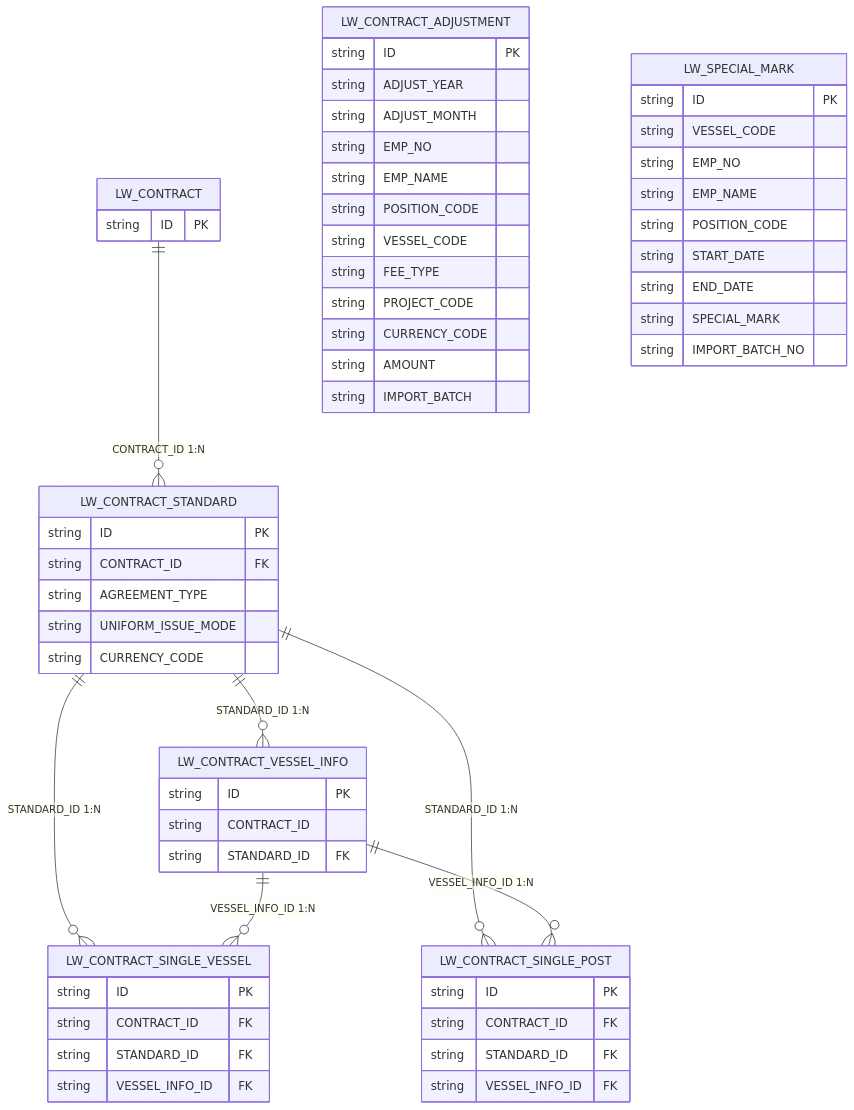
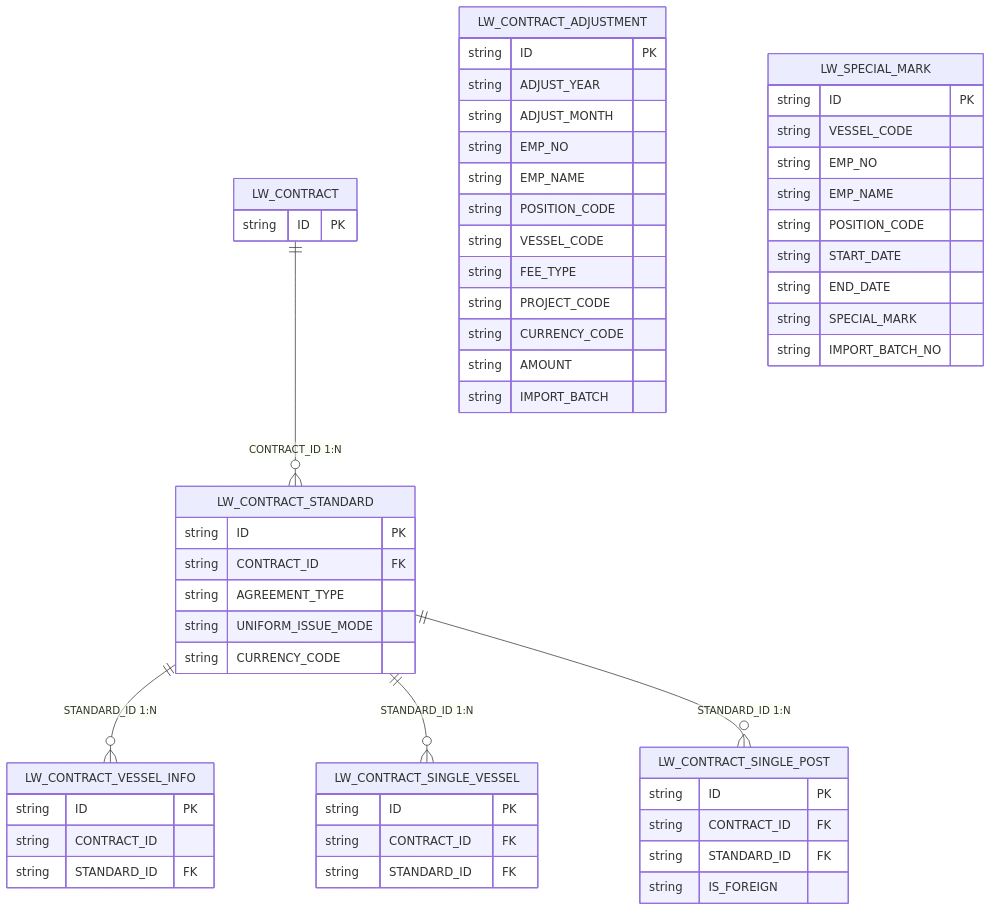
One commit to leftZuokp/lw-contract-page-design changed the diagram in README.md. Above: the diagram before and after it, drawn with Mermaid. The commit also changed other lines of this file and 5 other files, not shown here.

Commit message:
docs: 同步 2026-10-26 版 DDL——单船/单岗明细标准级共用（删 VESSEL_INFO_ID/VESSEL_CODE/VESSEL_NAME 及 IDX_LW_CS*_INFO 索引），补齐调补/特殊标记表索引章节，前端对接说明同步

````diff
--- a/README.md
+++ b/README.md
@@ -40,47 +40,44 @@
 ```mermaid
 erDiagram
     LW_CONTRACT ||--o{ LW_CONTRACT_STANDARD : "CONTRACT_ID 1:N"
     LW_CONTRACT_STANDARD ||--o{ LW_CONTRACT_VESSEL_INFO : "STANDARD_ID 1:N"
     LW_CONTRACT_STANDARD ||--o{ LW_CONTRACT_SINGLE_VESSEL : "STANDARD_ID 1:N"
     LW_CONTRACT_STANDARD ||--o{ LW_CONTRACT_SINGLE_POST : "STANDARD_ID 1:N"
-    LW_CONTRACT_VESSEL_INFO ||--o{ LW_CONTRACT_SINGLE_VESSEL : "VESSEL_INFO_ID 1:N"
-    LW_CONTRACT_VESSEL_INFO ||--o{ LW_CONTRACT_SINGLE_POST : "VESSEL_INFO_ID 1:N"
     LW_CONTRACT { string ID PK }
     LW_CONTRACT_STANDARD { string ID PK }
     LW_CONTRACT_STANDARD { string CONTRACT_ID FK }
     LW_CONTRACT_STANDARD { string AGREEMENT_TYPE }
     LW_CONTRACT_STANDARD { string UNIFORM_ISSUE_MODE }
     LW_CONTRACT_STANDARD { string CURRENCY_CODE }
     LW_CONTRACT_VESSEL_INFO { string ID PK }
     LW_CONTRACT_VESSEL_INFO { string CONTRACT_ID }
     LW_CONTRACT_VESSEL_INFO { string STANDARD_ID FK }
     LW_CONTRACT_SINGLE_VESSEL { string ID PK }
     LW_CONTRACT_SINGLE_VESSEL { string CONTRACT_ID FK }
     LW_CONTRACT_SINGLE_VESSEL { string STANDARD_ID FK }
-    LW_CONTRACT_SINGLE_VESSEL { string VESSEL_INFO_ID FK }
     LW_CONTRACT_SINGLE_POST { string ID PK }
     LW_CONTRACT_SINGLE_POST { string CONTRACT_ID FK }
     LW_CONTRACT_SINGLE_POST { string STANDARD_ID FK }
-    LW_CONTRACT_SINGLE_POST { string VESSEL_INFO_ID FK }
+    LW_CONTRACT_SINGLE_POST { string IS_FOREIGN }
     LW_CONTRACT_ADJUSTMENT { string ID PK }
     LW_CONTRACT_ADJUSTMENT { string ADJUST_YEAR }
     LW_CONTRACT_ADJUSTMENT { string ADJUST_MONTH }
     LW_CONTRACT_ADJUSTMENT { string EMP_NO }
     LW_CONTRACT_ADJUSTMENT { string EMP_NAME }
     LW_CONTRACT_ADJUSTMENT { string POSITION_CODE }
     LW_CONTRACT_ADJUSTMENT { string VESSEL_CODE }
     LW_CONTRACT_ADJUSTMENT { string FEE_TYPE }
     LW_CONTRACT_ADJUSTMENT { string PROJECT_CODE }
     LW_CONTRACT_ADJUSTMENT { string CURRENCY_CODE }
     LW_CONTRACT_ADJUSTMENT { string AMOUNT }
     LW_CONTRACT_ADJUSTMENT { string IMPORT_BATCH }
     LW_SPECIAL_MARK { string ID PK }
     LW_SPECIAL_MARK { string VESSEL_CODE }
     LW_SPECIAL_MARK { string EMP_NO }
     LW_SPECIAL_MARK { string EMP_NAME }
     LW_SPECIAL_MARK { string POSITION_CODE }
     LW_SPECIAL_MARK { string START_DATE }
     LW_SPECIAL_MARK { string END_DATE }
     LW_SPECIAL_MARK { string SPECIAL_MARK }
     LW_SPECIAL_MARK { string IMPORT_BATCH_NO }
 ```
````
